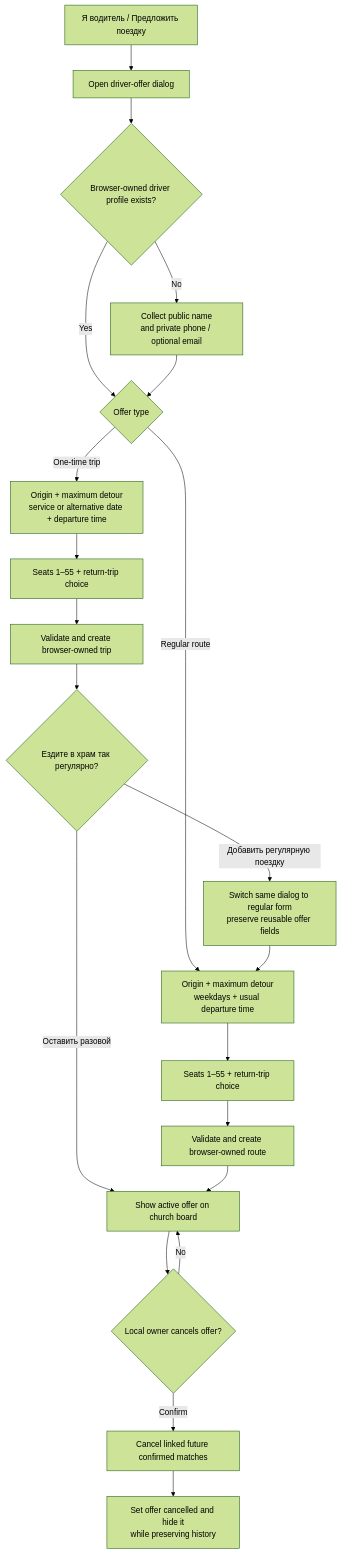
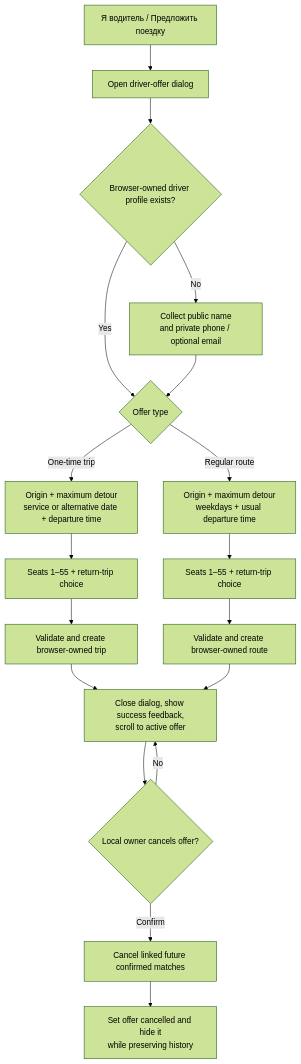
One commit to Agafanail/orthodox-routes changed the eighth of 18 diagrams in docs/PROJECT_MAP.md. Above: the diagram before and after it, drawn with Mermaid (forest theme). The commit also changed other lines of this file and 17 other files, not shown here.

Commit message:
Improve transport board feedback UX

````diff
--- a/docs/PROJECT_MAP.md
+++ b/docs/PROJECT_MAP.md
@@ -175,23 +173,20 @@
 ```mermaid
 flowchart TD
     A["Я водитель / Предложить поездку"] --> B["Open driver-offer dialog"]
     B --> C{"Browser-owned driver profile exists?"}
     C -->|"No"| D["Collect public name<br/>and private phone / optional email"]
     C -->|"Yes"| E{"Offer type"}
     D --> E
     E -->|"One-time trip"| T1["Origin + maximum detour<br/>service or alternative date + departure time"]
     T1 --> T2["Seats 1–55 + return-trip choice"]
     T2 --> T3["Validate and create browser-owned trip"]
-    T3 --> T4{"Ездите в храм так регулярно?"}
-    T4 -->|"Добавить регулярную поездку"| R1["Switch same dialog to regular form<br/>preserve reusable offer fields"]
-    T4 -->|"Оставить разовой"| V["Show active offer on church board"]
+    T3 --> V["Close dialog, show success feedback,<br/>scroll to active offer"]
     E -->|"Regular route"| R1A["Origin + maximum detour<br/>weekdays + usual departure time"]
-    R1 --> R1A
     R1A --> R2["Seats 1–55 + return-trip choice"]
     R2 --> R3["Validate and create browser-owned route"]
     R3 --> V
     V --> CXL{"Local owner cancels offer?"}
     CXL -->|"Confirm"| FUT["Cancel linked future confirmed matches"]
     FUT --> HIDE["Set offer cancelled and hide it<br/>while preserving history"]
     CXL -->|"No"| V
 ```
````
